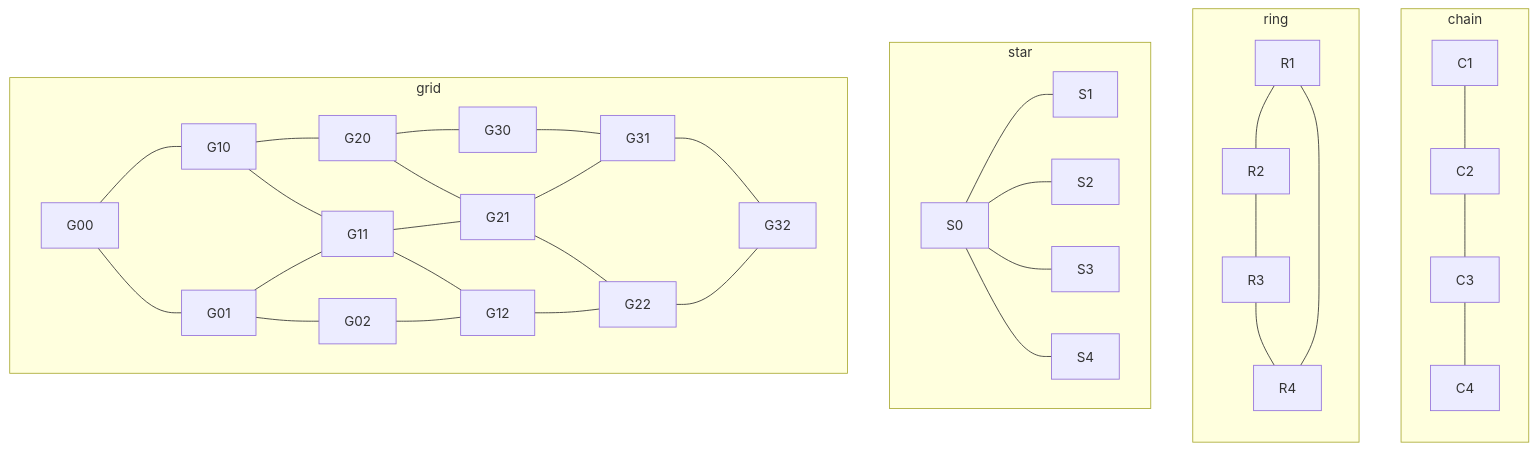
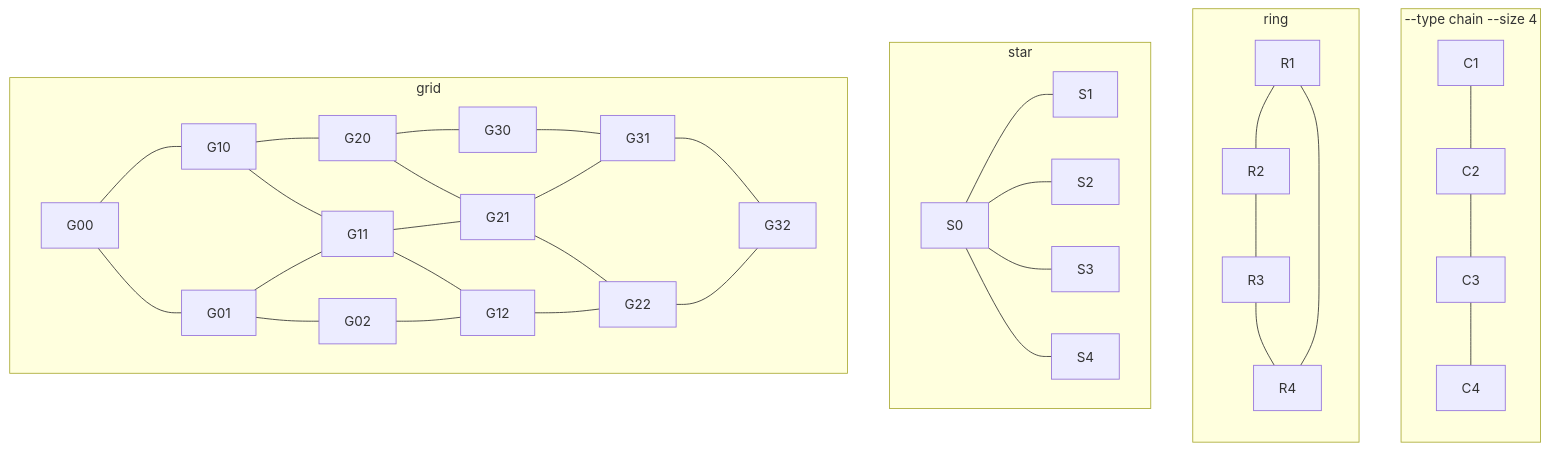
The diagram in tools/netgen/README.md (jordicf/FRAME), drawn with Mermaid before and after one commit.

Commit message:
minor modification

````diff
--- a/tools/netgen/README.md
+++ b/tools/netgen/README.md
@@ -24,45 +24,45 @@
 ```mermaid
   graph TB 
   
-      subgraph chain
+      subgraph "--type chain --size 4"
       direction TB
       C1 --- C2
       C2 --- C3
       C3 --- C4
       end
       
       subgraph ring
       direction TB
       R1 --- R2
       R2 --- R3
       R3 --- R4
       R4 --- R1
       end
       
       subgraph star
       S0 --- S1
       S0 --- S2
       S0 --- S3
       S0 --- S4
       end
       
       subgraph grid
       G00 --- G01
       G01 --- G02
       G10 --- G11
       G11 --- G12
       G20 --- G21
       G21 --- G22
       G30 --- G31
       G31 --- G32
       G00 --- G10
       G10 --- G20
       G20 --- G30
       G01 --- G11
       G11 --- G21
       G21 --- G31
       G02 --- G12
       G12 --- G22
       G22 --- G32
       end
 ```
````
